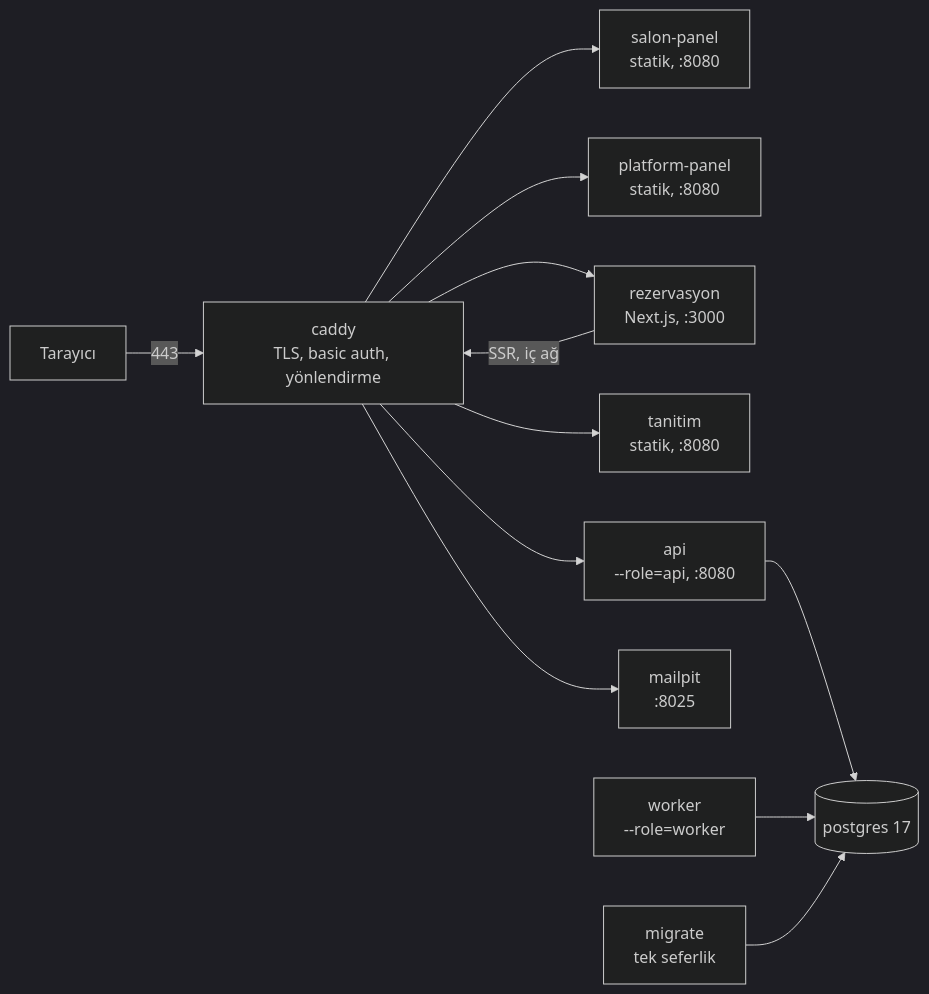
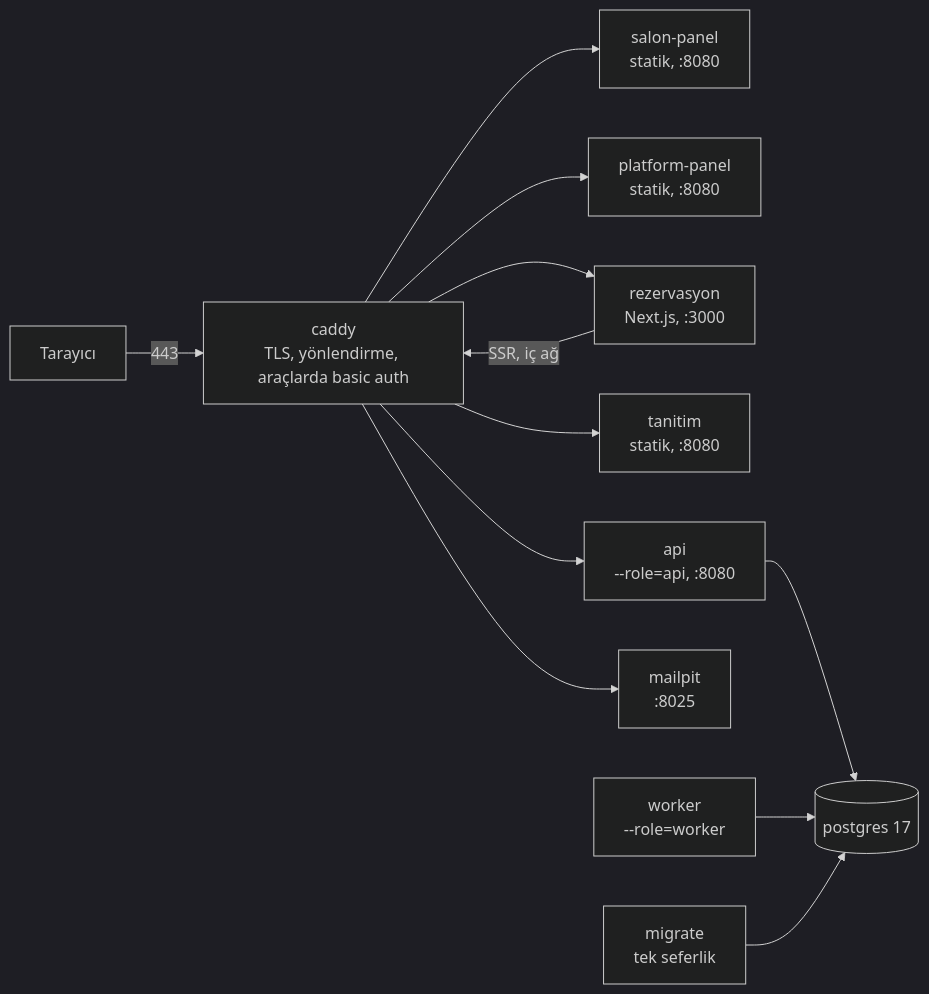
One commit to sefabarlas/omvila changed the diagram in docs/mimari/test-ortami.md. Above: the diagram before and after it, drawn with Mermaid (dark theme). The commit also changed other lines of this file and 2 other files, not shown here.

Commit message:
fix(repo): test ortamında basic auth yalnız sms ve posta adreslerinde (#147)

````diff
--- a/docs/mimari/test-ortami.md
+++ b/docs/mimari/test-ortami.md
@@ -30,14 +30,14 @@
 ```mermaid
 flowchart LR
-  U[Tarayıcı] -->|443| C[caddy<br/>TLS, basic auth, yönlendirme]
+  U[Tarayıcı] -->|443| C[caddy<br/>TLS, yönlendirme, araçlarda basic auth]
   C --> SP[salon-panel<br/>statik, :8080]
   C --> PP[platform-panel<br/>statik, :8080]
   C --> RZ[rezervasyon<br/>Next.js, :3000]
   C --> TN[tanitim<br/>statik, :8080]
   C --> API[api<br/>--role=api, :8080]
   C --> MP[mailpit<br/>:8025]
   RZ -->|SSR, iç ağ| C
   API --> PG[(postgres 17)]
   W[worker<br/>--role=worker] --> PG
   M[migrate<br/>tek seferlik] --> PG
 ```
````
